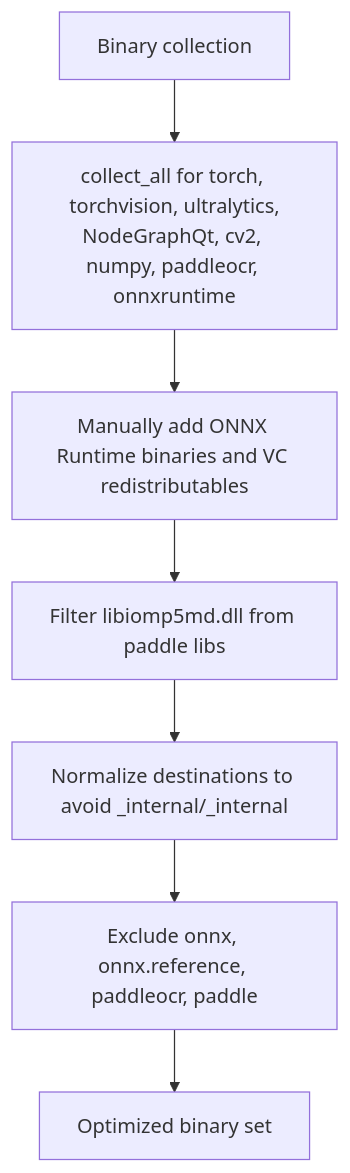
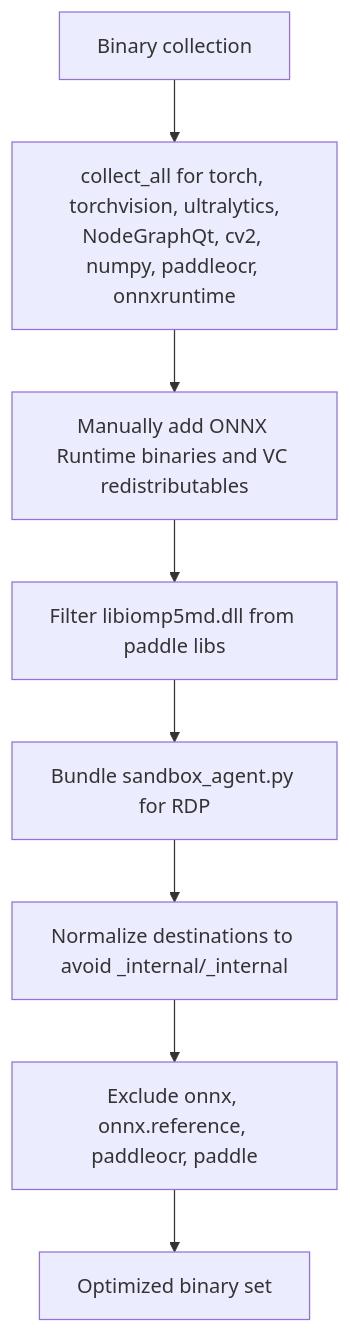
Before and after one commit to RodrigoBenitez343/Arrow: the ninth of 12 diagrams in .qoder/repowiki/en/content/Packaging and Distribution/PyInstaller Configuration.md, drawn with Mermaid. The commit also changed other lines of this file and 53 other files, not shown here.

````diff
--- a/.qoder/repowiki/en/content/Packaging and Distribution/PyInstaller Configuration.md
+++ b/.qoder/repowiki/en/content/Packaging and Distribution/PyInstaller Configuration.md
@@ -266,9 +291,10 @@
 ```mermaid
 flowchart TD
 BinStart["Binary collection"] --> CollectAll["collect_all for torch, torchvision, ultralytics,<br/>NodeGraphQt, cv2, numpy, paddleocr, onnxruntime"]
 CollectAll --> Manual["Manually add ONNX Runtime binaries and VC redistributables"]
 Manual --> FilterLib["Filter libiomp5md.dll from paddle libs"]
-FilterLib --> NormalizeDest["Normalize destinations to avoid _internal/_internal"]
+FilterLib --> SandboxAgent["Bundle sandbox_agent.py for RDP"]
+SandboxAgent --> NormalizeDest["Normalize destinations to avoid _internal/_internal"]
 NormalizeDest --> ExcludePkgs["Exclude onnx, onnx.reference, paddleocr, paddle"]
 ExcludePkgs --> BinEnd["Optimized binary set"]
 ```
````
